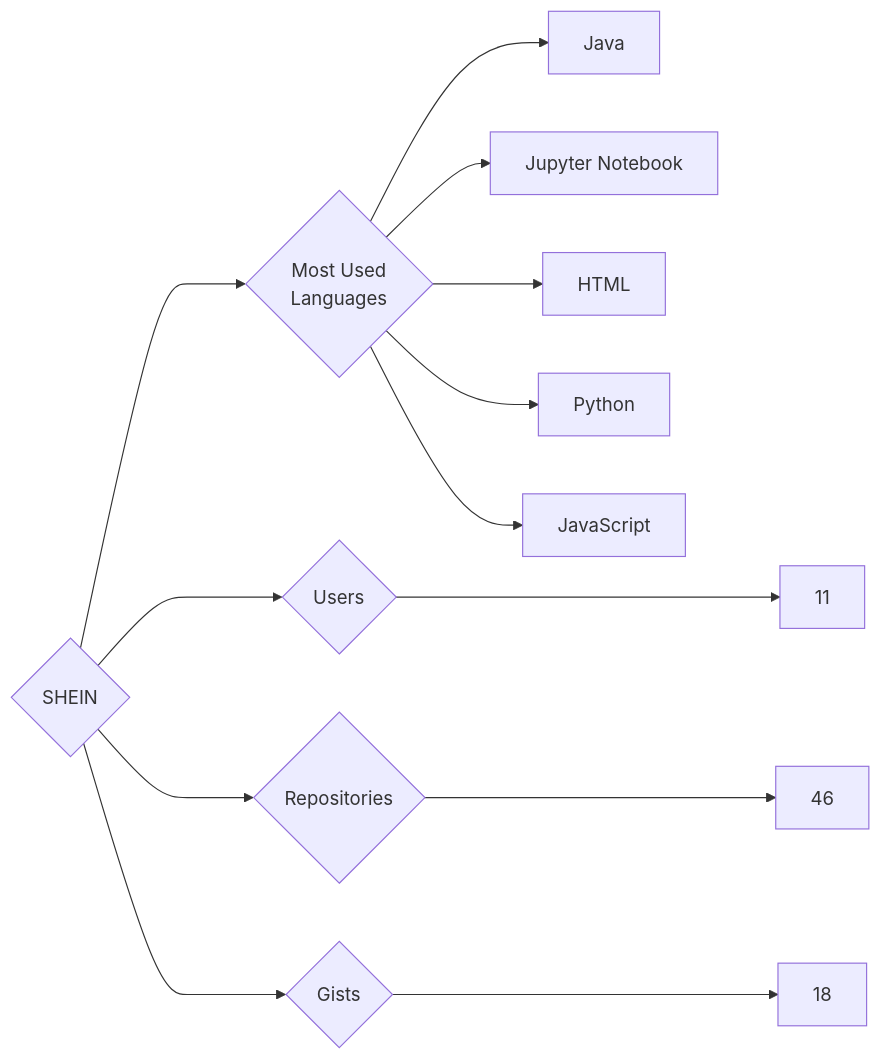
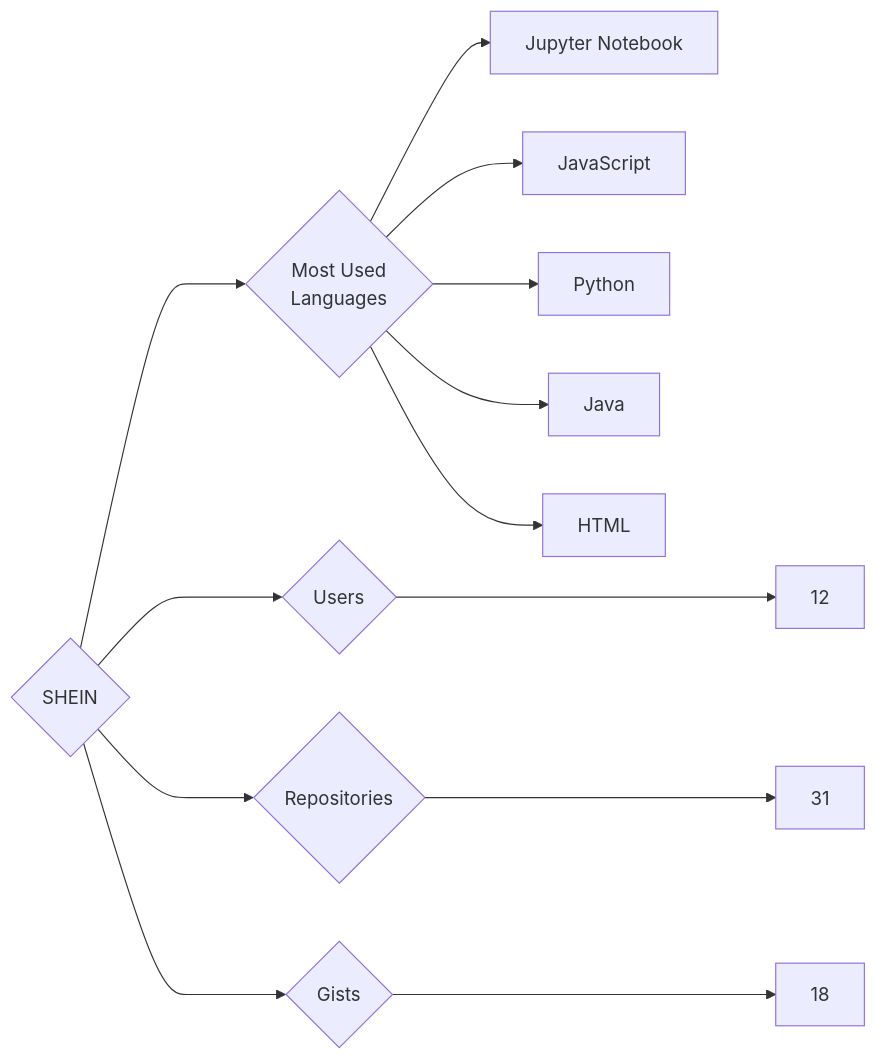
The diagram in targets/SHEIN/README.md (trickest/insiders), drawn with Mermaid before and after one commit. The commit also changed 955 other files, not shown here.

````diff
--- a/targets/SHEIN/README.md
+++ b/targets/SHEIN/README.md
@@ -3,13 +3,13 @@
 ```mermaid
 graph LR
 COMPANY_NAME{SHEIN}
-COMPANY_NAME ---> U{Users} ---> UN[11]
-COMPANY_NAME ---> R{Repositories} ---> RN[46]
+COMPANY_NAME ---> U{Users} ---> UN[12]
+COMPANY_NAME ---> R{Repositories} ---> RN[31]
 COMPANY_NAME ---> G{Gists} ---> GN[18]
 COMPANY_NAME ---> ML{Most Used<br>Languages}
+ML --> Jupyter_Notebook[Jupyter Notebook]
+ML --> JavaScript[JavaScript]
+ML --> Python[Python]
 ML --> Java[Java]
-ML --> Jupyter_Notebook[Jupyter Notebook]
 ML --> HTML[HTML]
-ML --> Python[Python]
-ML --> JavaScript[JavaScript]
 ```
````
